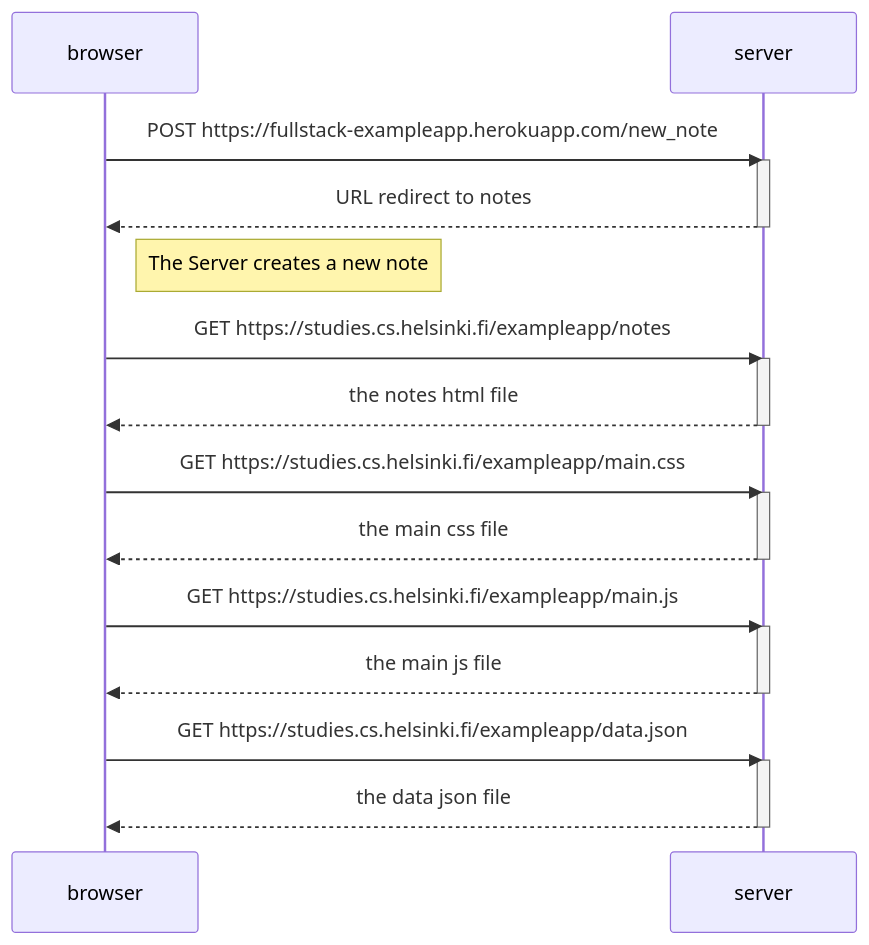
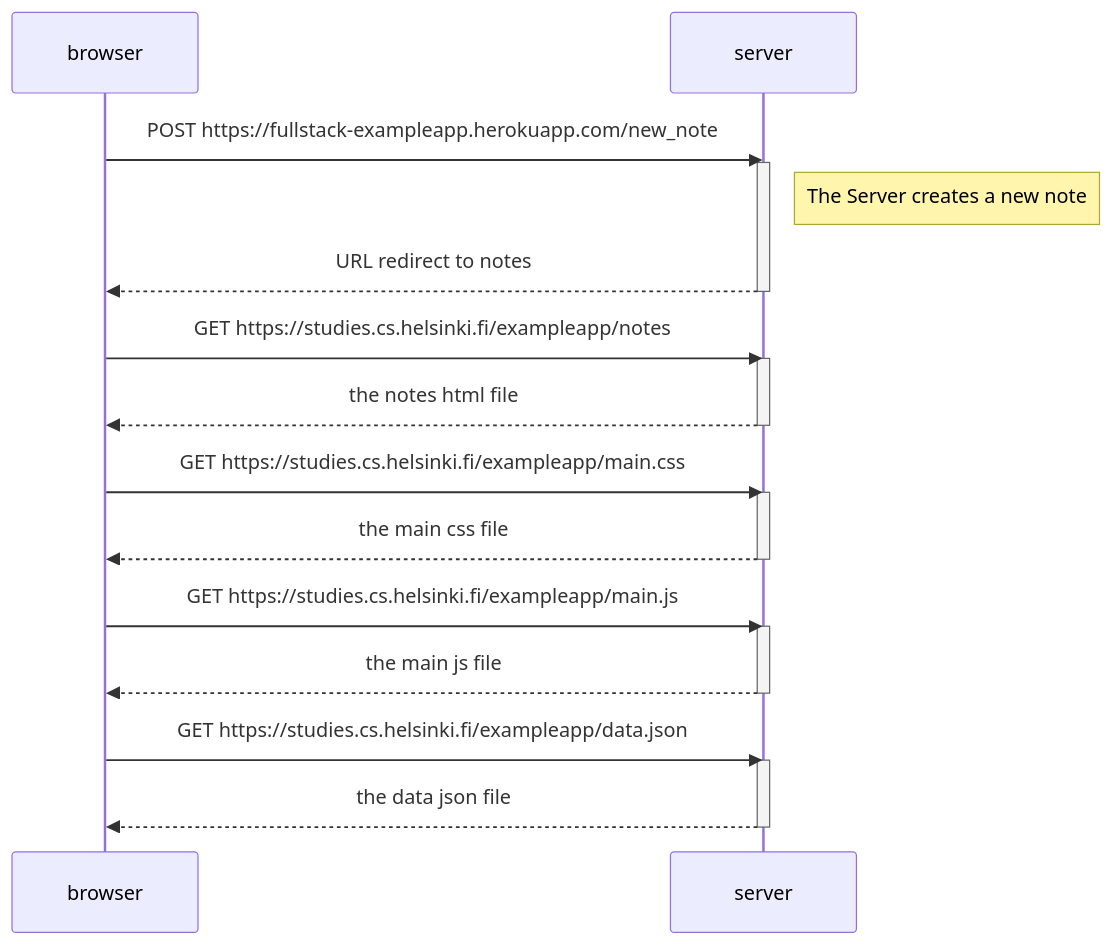
One commit to hughbuntine/WEBDEV changed the diagram in Part0/0-4.md. Above: the diagram before and after it, drawn with Mermaid.

````diff
--- a/Part0/0-4.md
+++ b/Part0/0-4.md
@@ -1,34 +1,33 @@
 ```mermaid
 sequenceDiagram
     participant browser
     participant server
 
     browser->>server: POST https://fullstack-exampleapp.herokuapp.com/new_note
     activate server
+    Note right of server: The Server creates a new note
     server-->>browser: URL redirect to notes
     deactivate server
-
-    Note right of browser: The Server creates a new note
 
     browser->>server: GET https://studies.cs.helsinki.fi/exampleapp/notes
     activate server
     server-->>browser: the notes html file
     deactivate server
 
     browser->>server: GET https://studies.cs.helsinki.fi/exampleapp/main.css
     activate server
     server-->>browser: the main css file
     deactivate server
 
 
     browser->>server: GET https://studies.cs.helsinki.fi/exampleapp/main.js
     activate server
     server-->>browser: the main js file
     deactivate server
 
     browser->>server: GET https://studies.cs.helsinki.fi/exampleapp/data.json
     activate server
     server-->>browser: the data json file
     deactivate server
 
 ```
````
